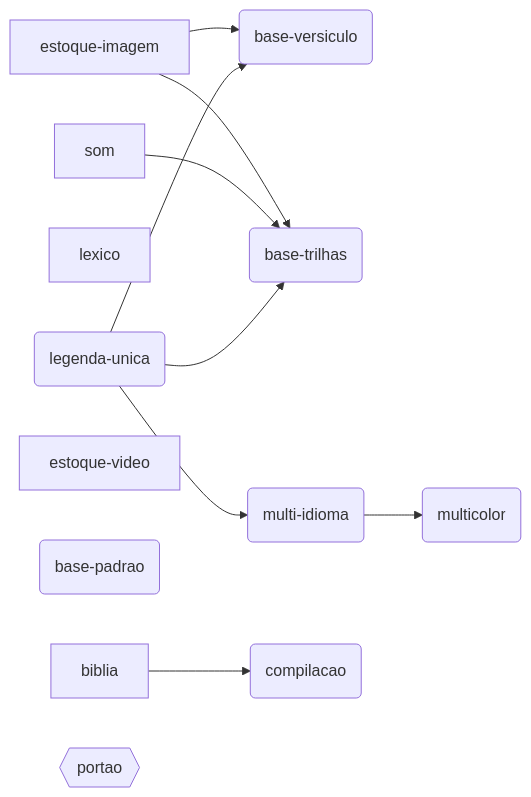
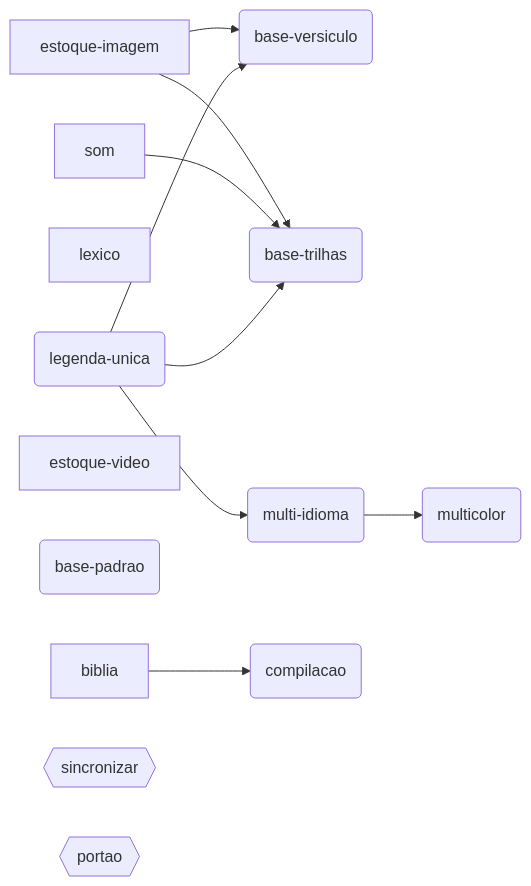
One commit to alanabdmorais/narrated_video changed the diagram in pipeline/JORNADAS.md. Above: the diagram before and after it, drawn with Mermaid. The commit also changed other lines of this file and 3 other files, not shown here.

````diff
--- a/pipeline/JORNADAS.md
+++ b/pipeline/JORNADAS.md
@@ -42,24 +42,25 @@
 ```mermaid
 flowchart LR
   biblia["biblia"]
   som["som"]
   lexico["lexico"]
   estoque_imagem["estoque-imagem"]
   estoque_video["estoque-video"]
   base_padrao("base-padrao")
   base_versiculo("base-versiculo")
   base_trilhas("base-trilhas")
   legenda_unica("legenda-unica")
   multi_idioma("multi-idioma")
   multicolor("multicolor")
+  sincronizar{{"sincronizar"}}
   portao{{"portao"}}
   compilacao("compilacao")
   estoque_imagem --> base_versiculo
   legenda_unica --> base_versiculo
   estoque_imagem --> base_trilhas
   som --> base_trilhas
   legenda_unica --> base_trilhas
   legenda_unica --> multi_idioma
   multi_idioma --> multicolor
   biblia --> compilacao
 ```
````
